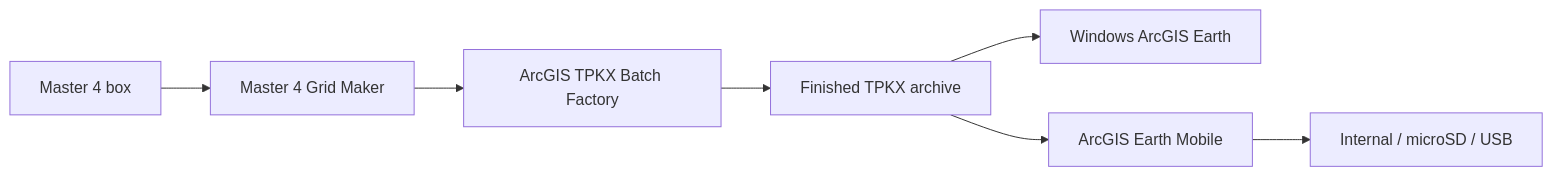
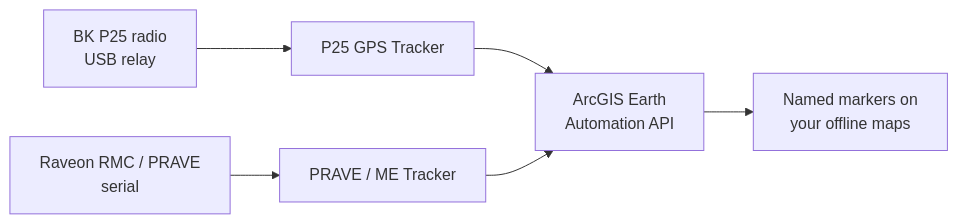
Before and after one commit to Jim-dc95811/ArcGIS-Earth-Map-Plotting: the diagram in README.md, drawn with Mermaid. The commit also changed other lines of this file and 9 other files, not shown here.

Commit message:
Rework as ArcGIS Earth Map Plotting: plotting tools only (P25, PRAVE/ME, tester); Batch Factory moved to the TPKX production repo

````diff
--- a/README.md
+++ b/README.md
@@ -144,9 +86,8 @@
 ```mermaid
 flowchart LR
-    A[Master 4 box] --> B[Master 4 Grid Maker]
-    B --> C[ArcGIS TPKX Batch Factory]
-    C --> D[Finished TPKX archive]
-    D --> E[Windows ArcGIS Earth]
-    D --> F[ArcGIS Earth Mobile]
-    F --> G[Internal / microSD / USB]
+    A[BK P25 radio<br/>USB relay] --> T[P25 GPS Tracker]
+    B[Raveon RMC / PRAVE<br/>serial] --> U[PRAVE / ME Tracker]
+    T --> E[ArcGIS Earth<br/>Automation API]
+    U --> E
+    E --> M[Named markers on<br/>your offline maps]
 ```
````
